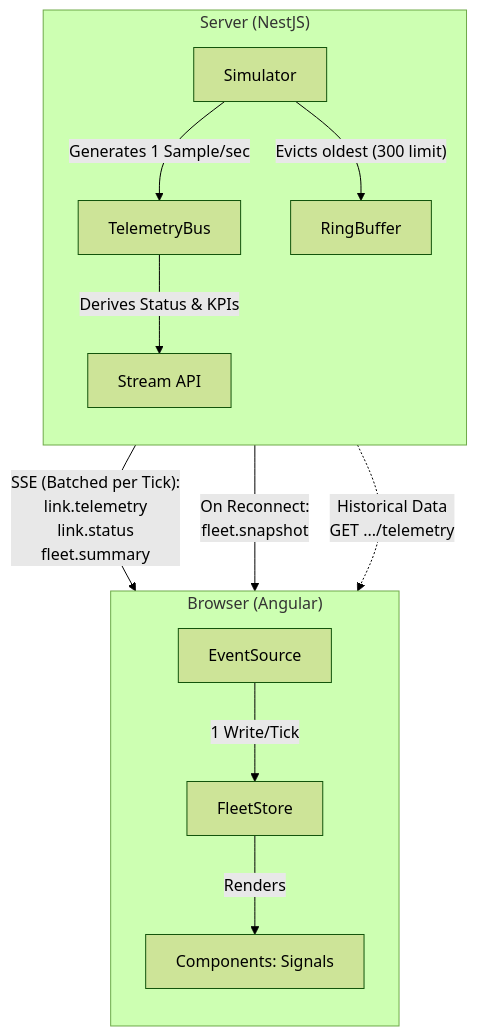
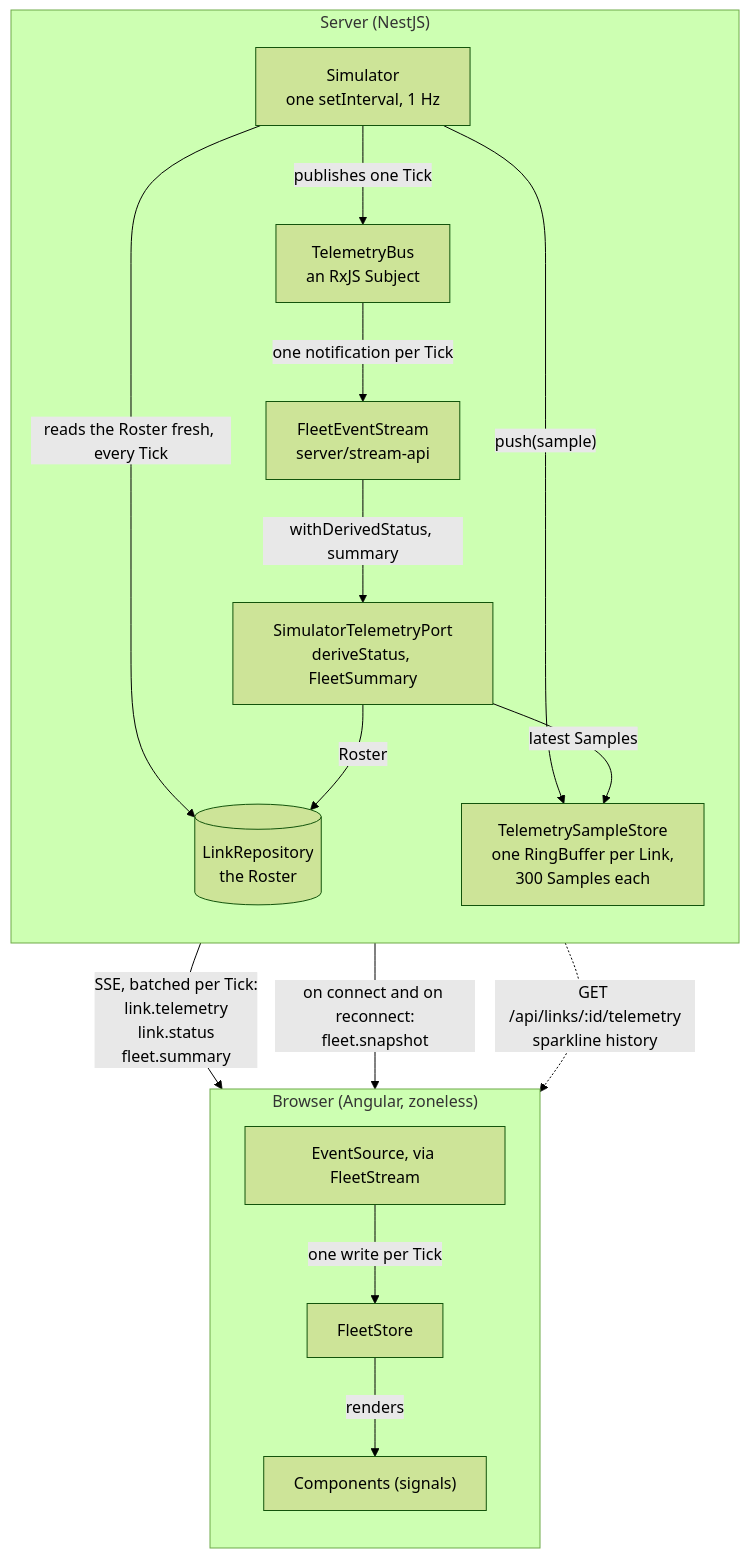
One commit to ramvignesh-b/linkops changed the diagram in README.md. Above: the diagram before and after it, drawn with Mermaid (forest theme). The commit also changed other lines of this file and 5 other files, not shown here.

First line of the commit message:
docs: correct the architecture diagram and draw each half where it lives

````diff
--- a/README.md
+++ b/README.md
@@ -238,28 +238,34 @@
 ```mermaid
 flowchart TD
     subgraph Server ["Server (NestJS)"]
         direction TB
-        SIM[Simulator]
-        RB[RingBuffer]
-        BUS[TelemetryBus]
-        API[Stream API]
+        REPO[("LinkRepository<br/>the Roster")]
+        SIM["Simulator<br/>one setInterval, 1 Hz"]
+        STORE["TelemetrySampleStore<br/>one RingBuffer per Link,<br/>300 Samples each"]
+        BUS["TelemetryBus<br/>an RxJS Subject"]
+        PORT["SimulatorTelemetryPort<br/>deriveStatus, FleetSummary"]
+        API["FleetEventStream<br/>server/stream-api"]
 
-        SIM -- "Generates 1 Sample/sec" --> BUS
-        SIM -- "Evicts oldest (300 limit)" --> RB
-        BUS -- "Derives Status & KPIs" --> API
+        SIM -- "reads the Roster fresh, every Tick" --> REPO
+        SIM -- "push(sample)" --> STORE
+        SIM -- "publishes one Tick" --> BUS
+        BUS -- "one notification per Tick" --> API
+        API -- "withDerivedStatus, summary" --> PORT
+        PORT -- "latest Samples" --> STORE
+        PORT -- "Roster" --> REPO
     end
 
-    subgraph Client ["Browser (Angular)"]
+    subgraph Client ["Browser (Angular, zoneless)"]
         direction TB
-        SSE[EventSource]
-        STORE[FleetStore]
-        UI[Components: Signals]
+        SSE["EventSource, via FleetStream"]
+        FSTORE["FleetStore"]
+        UI["Components (signals)"]
     end
 
-    API -- "SSE (Batched per Tick):\nlink.telemetry\nlink.status\nfleet.summary" --> SSE
-    API -- "On Reconnect:\nfleet.snapshot" --> SSE
-    RB -. "Historical Data\nGET .../telemetry" .-> UI
+    API -- "SSE, batched per Tick:<br/>link.telemetry<br/>link.status<br/>fleet.summary" --> SSE
+    API -- "on connect and on reconnect:<br/>fleet.snapshot" --> SSE
+    STORE -. "GET /api/links/:id/telemetry<br/>sparkline history" .-> UI
 
-    SSE -- "1 Write/Tick" --> STORE
-    STORE -- "Renders" --> UI
+    SSE -- "one write per Tick" --> FSTORE
+    FSTORE -- "renders" --> UI
 ```
````
